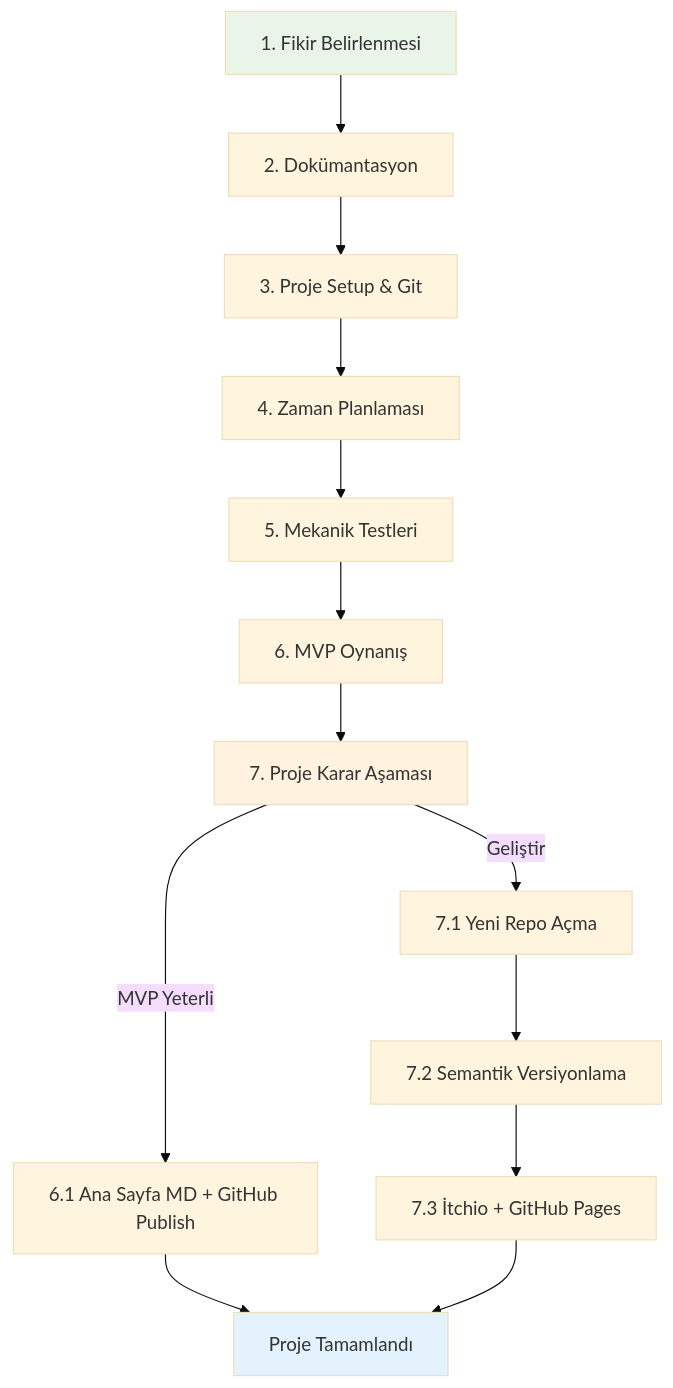
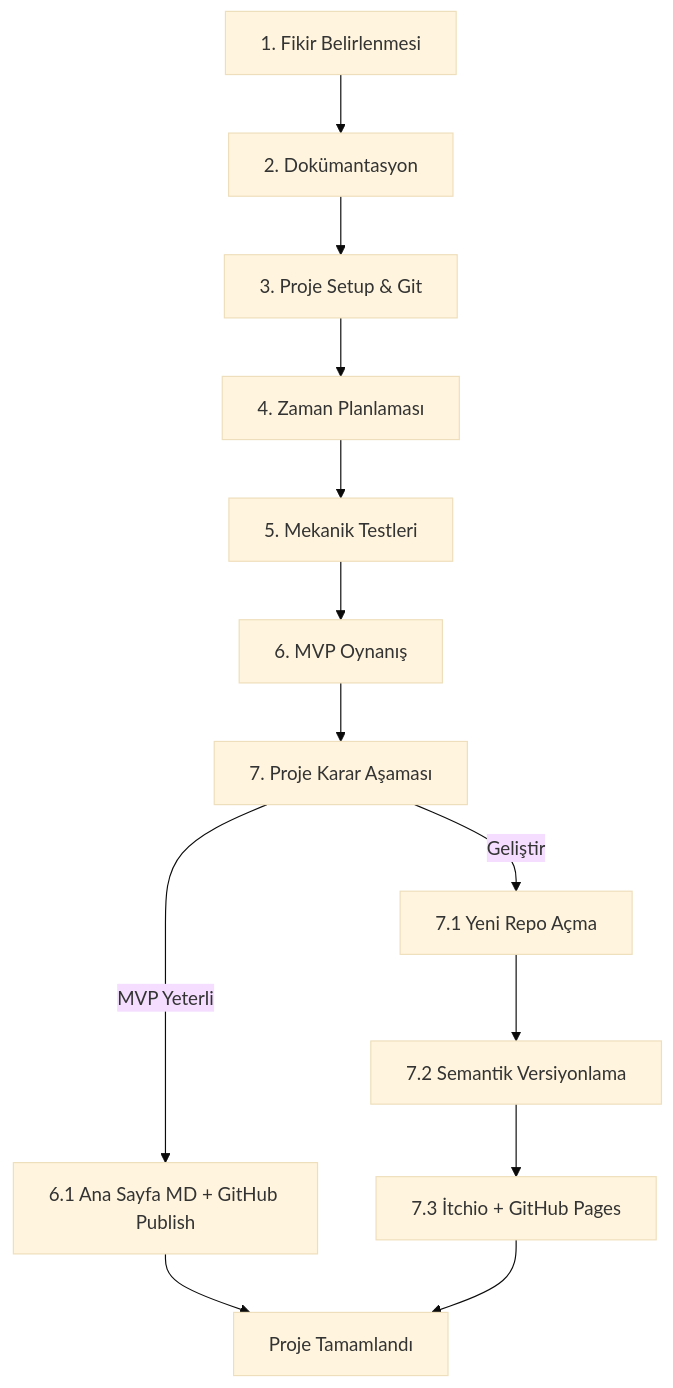
Before and after one commit to EthemEmreOzkan/00-EEO-Workflows: the diagram in 05-Project_Workflow/README.md, drawn with Mermaid (base theme).

Commit message:
feat/05-Project_Workflow: Flowchart Color Fix

````diff
--- a/05-Project_Workflow/README.md
+++ b/05-Project_Workflow/README.md
@@ -169,22 +169,18 @@
 ```mermaid
 graph TD
     A[1. Fikir Belirlenmesi] --> B[2. Dokümantasyon]
     B --> C[3. Proje Setup & Git]
     C --> D[4. Zaman Planlaması]
     D --> E[5. Mekanik Testleri]
     E --> F[6. MVP Oynanış]
     F --> G[7. Proje Karar Aşaması]
     
     G -->|MVP Yeterli| H[6.1 Ana Sayfa MD + GitHub Publish]
     G -->|Geliştir| I[7.1 Yeni Repo Açma]
     
     I --> J[7.2 Semantik Versiyonlama]
     J --> K[7.3 İtchio + GitHub Pages]
     
     H --> L[Proje Tamamlandı]
     K --> L
-    
-    style A fill:#e8f5e8
-    style G fill:#fff3e0
-    style L fill:#e3f2fd
 ```
````
